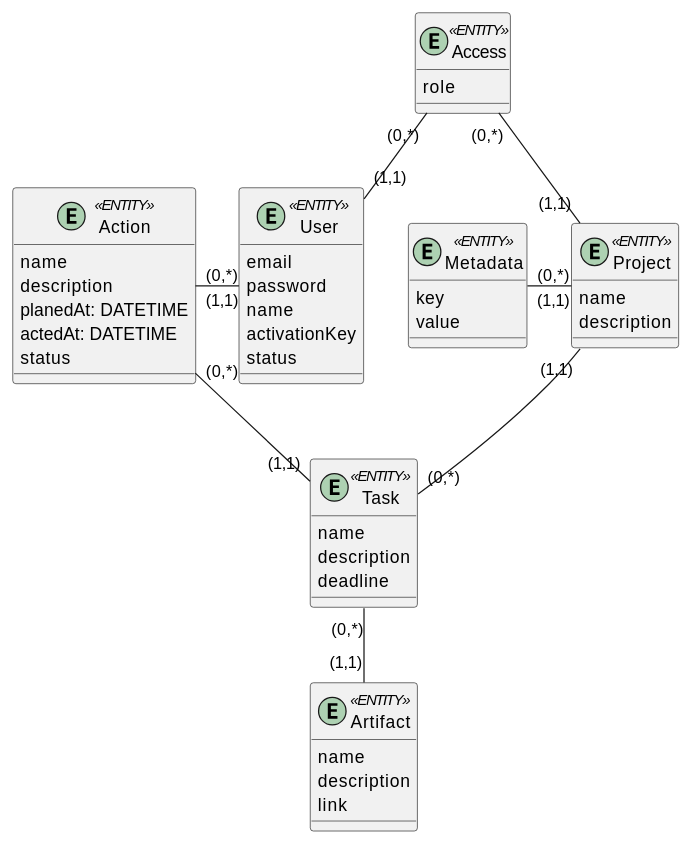
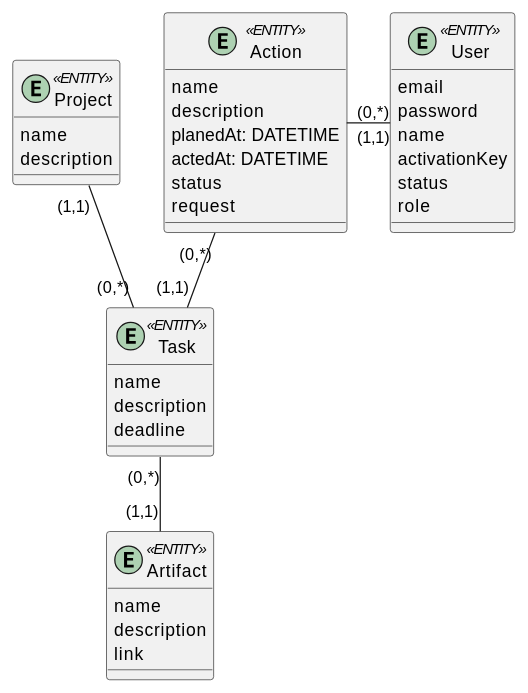
One commit to boldak/edu-db-cw changed the second of 2 diagrams in docs/design/README.md. Above: the diagram before and after it, drawn with PlantUML. The commit also changed other lines of this file, not shown here.

Commit message:
fix biznes and er model

```diff
--- a/docs/design/README.md
+++ b/docs/design/README.md
@@ -118,53 +106,46 @@
 @startuml
 entity User <<ENTITY>> {
     email
     password
     name
     activationKey
     status
+    role
   }
   
-  entity Access <<ENTITY>> {
-      role
-  }
+ 
   
   entity Project <<ENTITY>> {
     name
     description
-  }
-  
-  entity Metadata <<ENTITY>> {
-    key
-    value
   }
   
   
   entity Task <<ENTITY>> {
     name
     description
     deadline
   }
   
   entity Action <<ENTITY>> {
     name
     description
     planedAt: DATETIME
     actedAt: DATETIME
     status 
+    request
   }
   
   entity Artifact <<ENTITY>> {
     name
     description
     link
   }
   
-    Access "(0,*)"--"(1,1)" User
-    Access "(0,*)"--"(1,1)" Project
+
     Task "(0,*)"-u-"(1,1)" Project
     Task "(0,*)"--"(1,1)" Artifact
     Action "(0,*)"--"(1,1)" Task
     Action "(0,*)"-r-"(1,1)" User
-    Metadata "(0,*)"-r-"(1,1)" Project
-
+    
 @enduml
```
